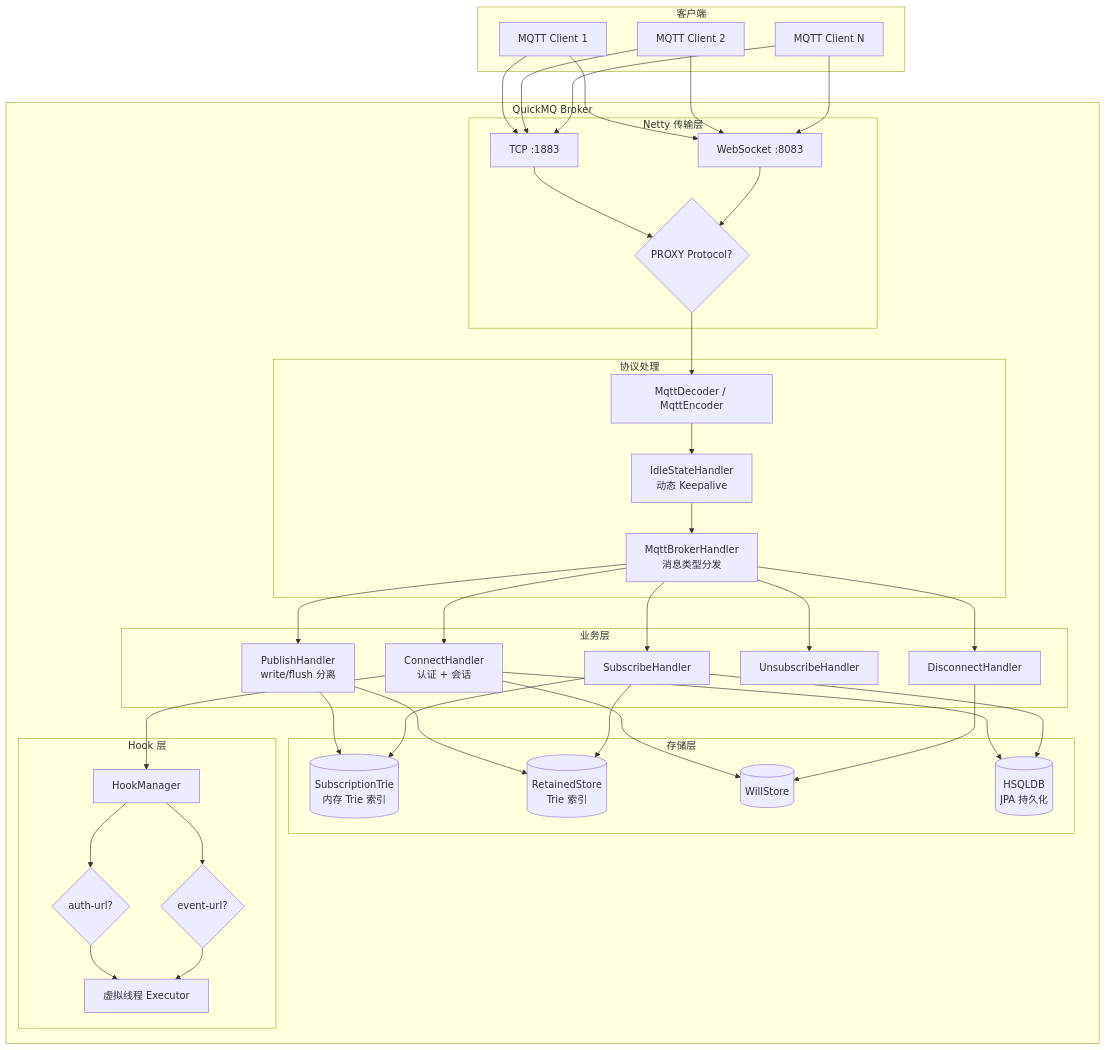
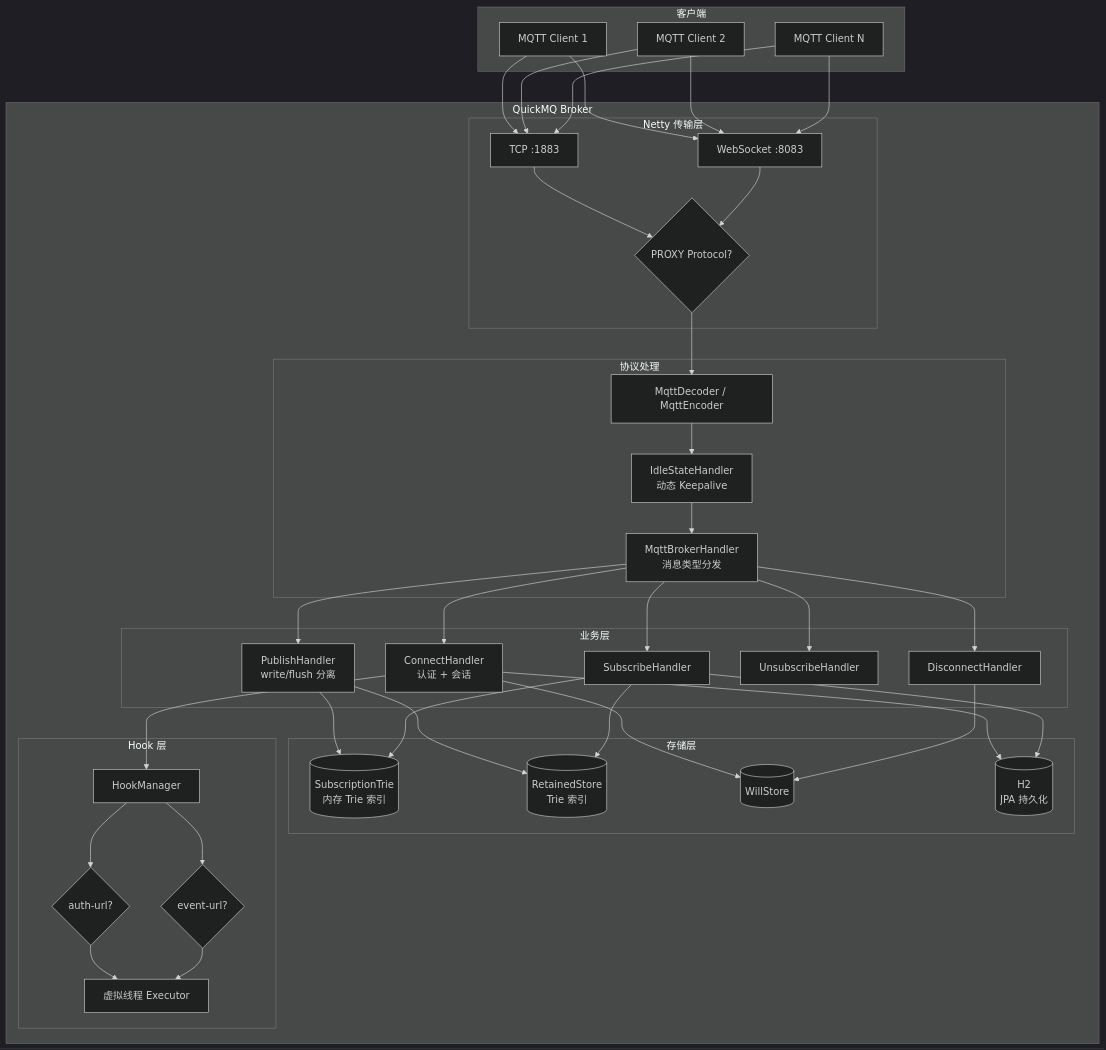
One commit to forkcc/QuickMQ changed the diagram in docs/images/architecture.mmd. Above: the diagram before and after it, drawn with Mermaid. The commit also changed 9 other files, not shown here.

Commit message:
chore: 迁移数据库从HSQLDB到H2，更新文档和图表

```diff
--- a/docs/images/architecture.mmd
+++ b/docs/images/architecture.mmd
@@ -1,52 +1,53 @@
+%%{init: {'theme': 'dark'}}%%
 graph TB
     subgraph 客户端
         C1[MQTT Client 1]
         C2[MQTT Client 2]
         CN[MQTT Client N]
     end
 
     subgraph QuickMQ Broker
         subgraph Netty 传输层
             TCP[TCP :1883]
             WS[WebSocket :8083]
             PP{PROXY Protocol?}
         end
 
         subgraph 协议处理
             DEC[MqttDecoder / MqttEncoder]
             IDLE[IdleStateHandler<br/>动态 Keepalive]
             BH[MqttBrokerHandler<br/>消息类型分发]
         end
 
         subgraph 业务层
             CONN[ConnectHandler<br/>认证 + 会话]
             PUB[PublishHandler<br/>write/flush 分离]
             SUB[SubscribeHandler]
             UNSUB[UnsubscribeHandler]
             DISC[DisconnectHandler]
         end
 
         subgraph 存储层
             TRIE[(SubscriptionTrie<br/>内存 Trie 索引)]
             RET[(RetainedStore<br/>Trie 索引)]
             WILL[(WillStore)]
-            DB[(HSQLDB<br/>JPA 持久化)]
+            DB[(H2<br/>JPA 持久化)]
         end
 
         subgraph Hook 层
             HM[HookManager]
             AUTH{auth-url?}
             EVT{event-url?}
             VT[虚拟线程 Executor]
         end
     end
 
     C1 & C2 & CN --> TCP & WS
     TCP & WS --> PP --> DEC --> IDLE --> BH
     BH --> CONN & PUB & SUB & UNSUB & DISC
     CONN --> HM --> AUTH --> VT
     PUB --> TRIE & RET
     SUB --> TRIE & RET
     CONN & DISC --> WILL
     CONN & SUB --> DB
     HM --> EVT --> VT
```
